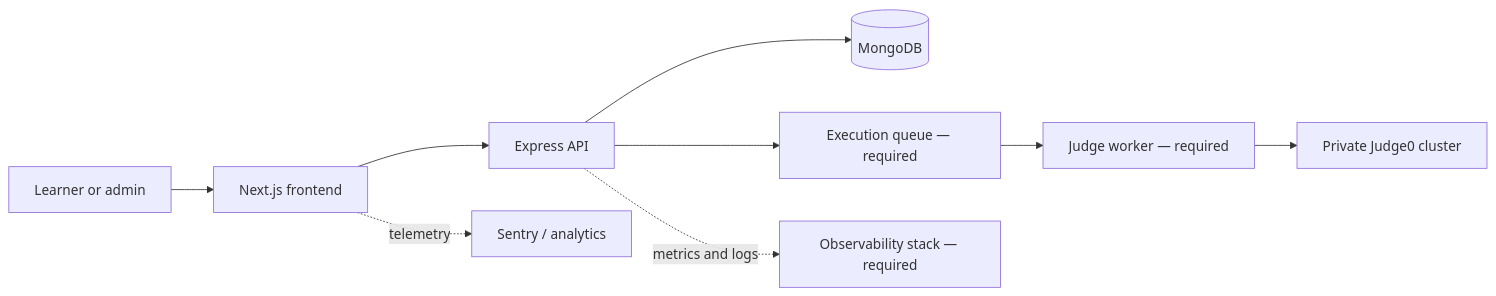
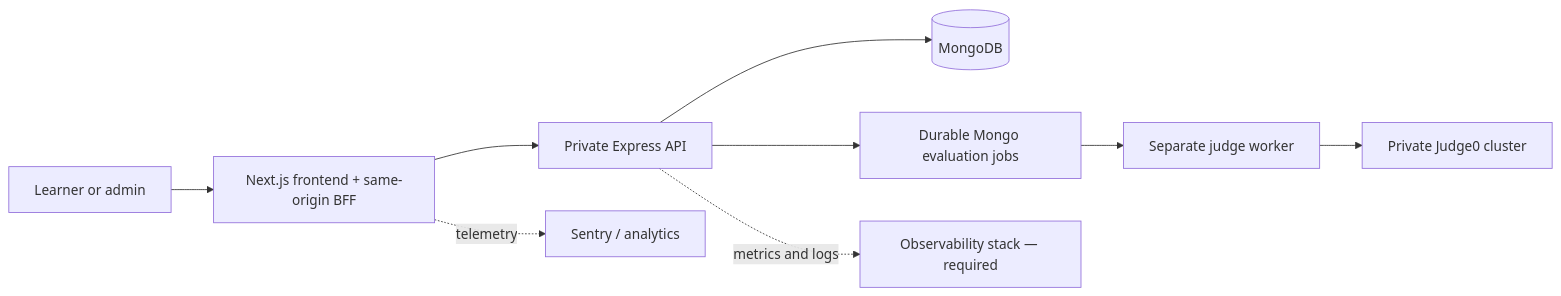
Before and after one commit to Katalume/documentation: the diagram in docs/index.md, drawn with Mermaid. The commit also changed other lines of this file and 22 other files, not shown here.

````diff
--- a/docs/index.md
+++ b/docs/index.md
@@ -31,11 +31,11 @@
 ```mermaid
 flowchart LR
-    U["Learner or admin"] --> F["Next.js frontend"]
-    F --> A["Express API"]
+    U["Learner or admin"] --> F["Next.js frontend + same-origin BFF"]
+    F --> A["Private Express API"]
     A --> M[("MongoDB")]
-    A --> Q["Execution queue — required"]
-    Q --> W["Judge worker — required"]
+    A --> Q["Durable Mongo evaluation jobs"]
+    Q --> W["Separate judge worker"]
     W --> J["Private Judge0 cluster"]
     F -. telemetry .-> S["Sentry / analytics"]
     A -. metrics and logs .-> O["Observability stack — required"]
 ```
````
